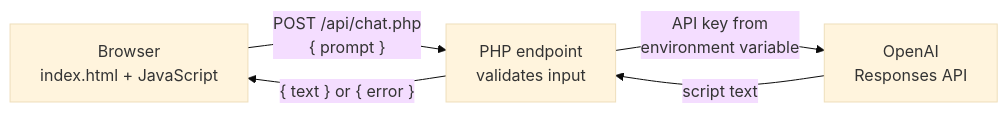
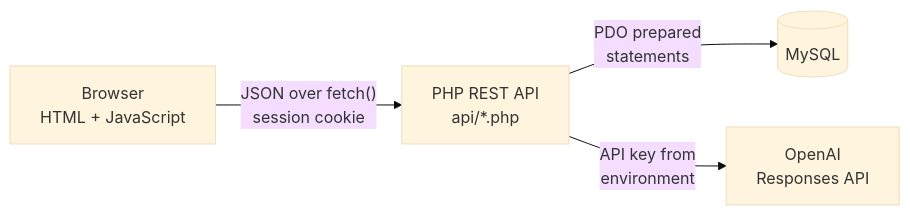
One commit to Ethan-vaz/Podfessor changed the first of 2 diagrams in README.md. Above: the diagram before and after it, drawn with Mermaid (base theme). The commit also changed other lines of this file and 30 other files, not shown here.

````diff
--- a/README.md
+++ b/README.md
@@ -24,7 +28,6 @@
 ```mermaid
 flowchart LR
-    B[Browser<br/>index.html + JavaScript] -- "POST /api/chat.php<br/>{ prompt }" --> P[PHP endpoint<br/>validates input]
-    P -- "API key from<br/>environment variable" --> O[OpenAI<br/>Responses API]
-    O -- script text --> P
-    P -- "{ text } or { error }" --> B
+    B[Browser<br/>HTML + JavaScript] -- "JSON over fetch()<br/>session cookie" --> A[PHP REST API<br/>api/*.php]
+    A -- "PDO prepared<br/>statements" --> D[(MySQL)]
+    A -- "API key from<br/>environment" --> O[OpenAI<br/>Responses API]
 ```
````
